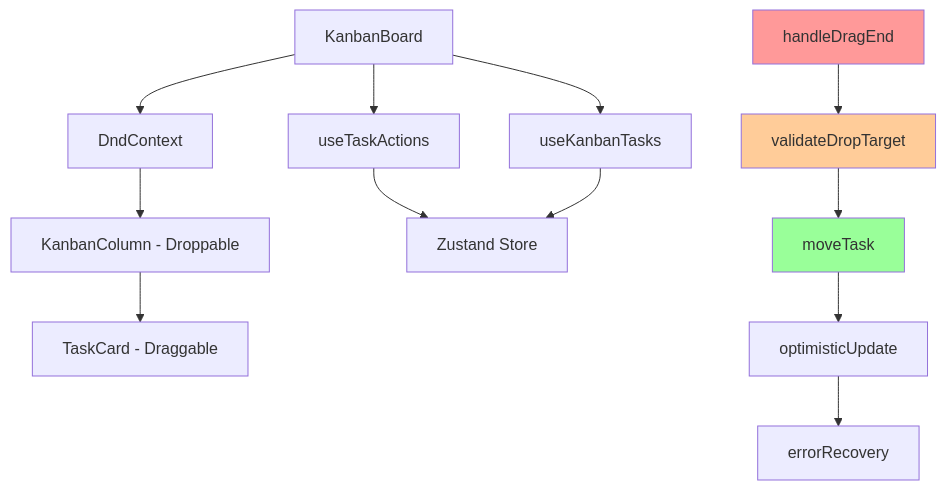
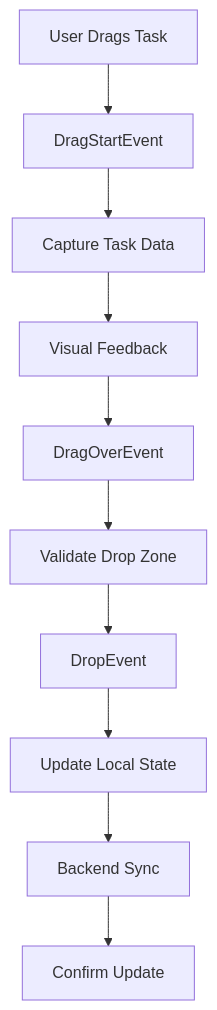
Before and after one commit to k-iizuka000/ai-todo: the diagram in .spec-workflow/specs/kanban-drag-drop-fix/design.md, drawn with Mermaid. The commit also changed other lines of this file and 5 other files, not shown here.

````diff
--- a/.spec-workflow/specs/kanban-drag-drop-fix/design.md
+++ b/.spec-workflow/specs/kanban-drag-drop-fix/design.md
@@ -39,21 +45,12 @@
 ```mermaid
 graph TD
-    A[KanbanBoard] --> B[DndContext]
-    B --> C[KanbanColumn - Droppable]
-    C --> D[TaskCard - Draggable]
-    
-    A --> E[useTaskActions]
-    E --> F[Zustand Store]
-    
-    A --> G[useKanbanTasks]
-    G --> F
-    
-    H[handleDragEnd] --> I[validateDropTarget]
-    I --> J[moveTask]
-    J --> K[optimisticUpdate]
-    K --> L[errorRecovery]
-    
-    style H fill:#ff9999
-    style I fill:#ffcc99
-    style J fill:#99ff99
+    A[User Drags Task] --> B[DragStartEvent]
+    B --> C[Capture Task Data]
+    C --> D[Visual Feedback]
+    D --> E[DragOverEvent]
+    E --> F[Validate Drop Zone]
+    F --> G[DropEvent]
+    G --> H[Update Local State]
+    H --> I[Backend Sync]
+    I --> J[Confirm Update]
 ```
````
